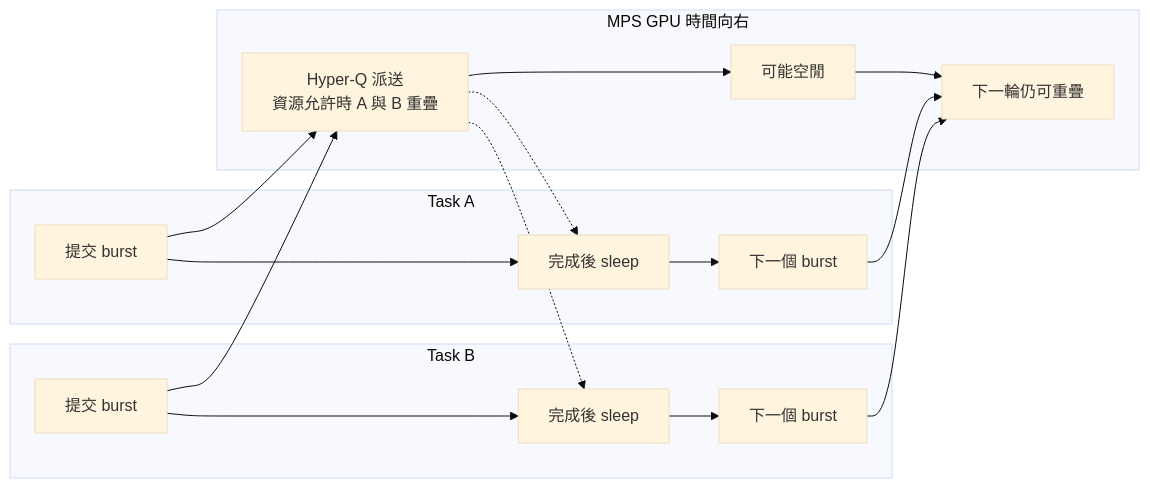
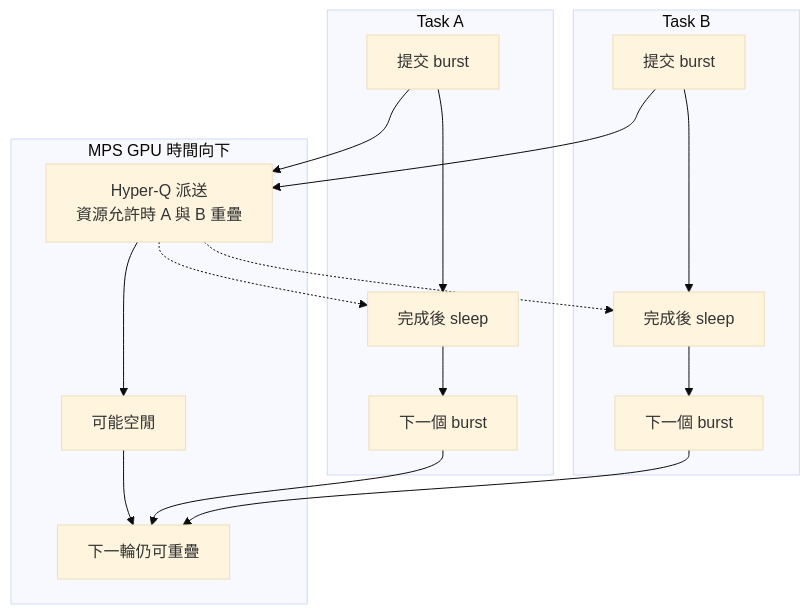
The third of 5 diagrams in book/05-performance/README.md (Daniel77871/dra-gpu-sharing-in-practice), drawn with Mermaid (base theme) before and after one commit. The commit also changed other lines of this file and 15 other files, not shown here.

First line of the commit message:
Fit wide Mermaid diagrams to the GitHub page width

````diff
--- a/book/05-performance/README.md
+++ b/book/05-performance/README.md
@@ -63,18 +63,18 @@
 ```mermaid
-flowchart LR
+flowchart TB
   subgraph MA["Task A"]
     A1["提交 burst"] --> A2["完成後 sleep"] --> A3["下一個 burst"]
   end
   subgraph MB["Task B"]
     B1["提交 burst"] --> B2["完成後 sleep"] --> B3["下一個 burst"]
   end
-  subgraph MG["MPS GPU 時間向右"]
+  subgraph MG["MPS GPU 時間向下"]
     G1["Hyper-Q 派送<br/>資源允許時 A 與 B 重疊"] --> G2["可能空閒"] --> G3["下一輪仍可重疊"]
   end
   A1 --> G1
   B1 --> G1
   G1 -.-> A2
   G1 -.-> B2
   A3 --> G3
   B3 --> G3
 ```
````
